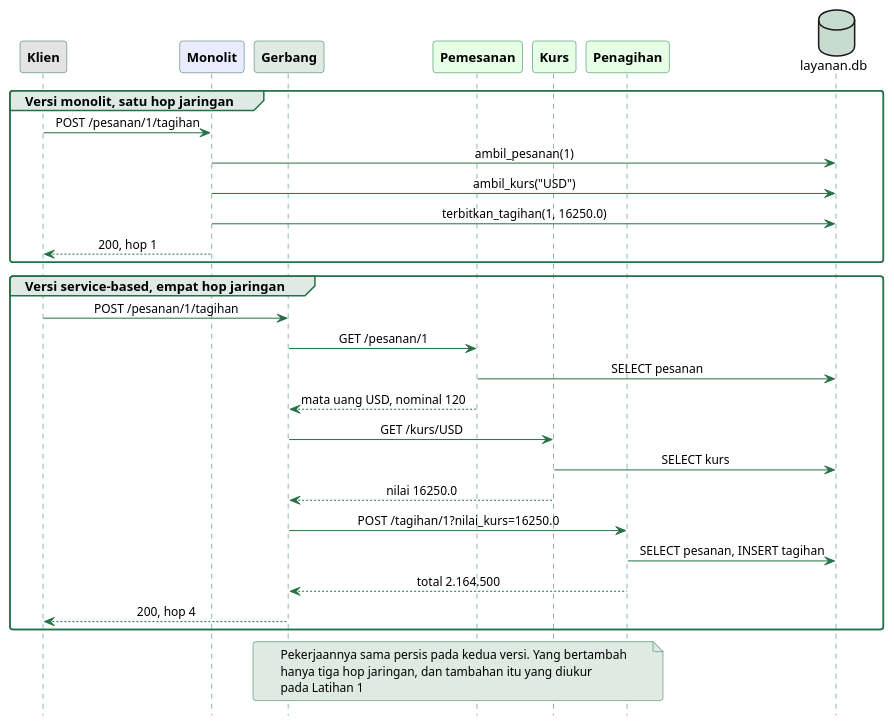
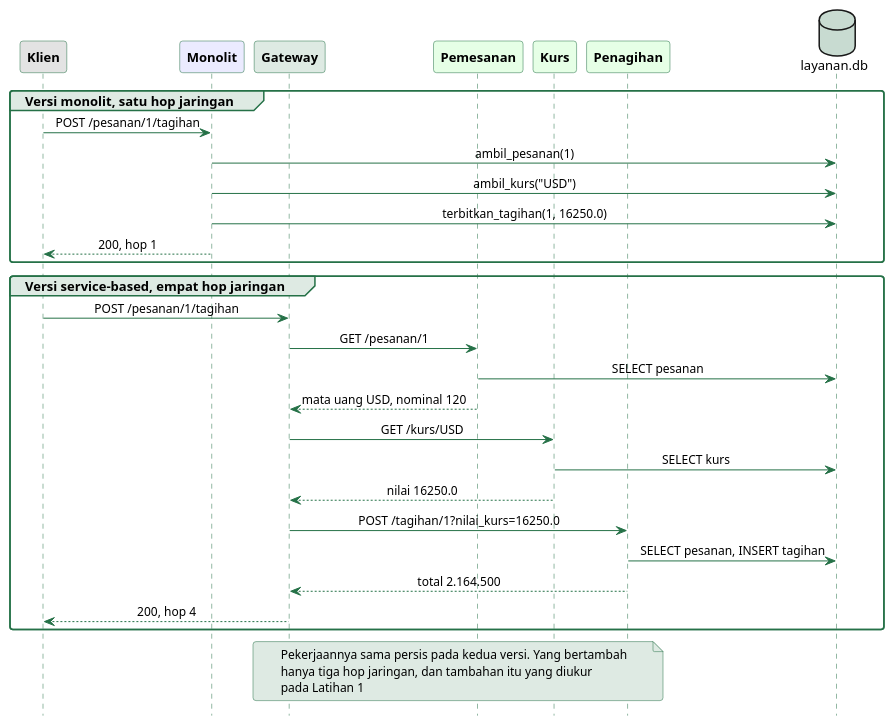
Before and after one commit to alfa-yohannis/software-architecture: the diagram in sources/chapter11/diagram/sekuens-layanan.puml, drawn with PlantUML. The commit also changed other lines of this file and 43 other files, not shown here.

```diff
--- a/sources/chapter11/diagram/sekuens-layanan.puml
+++ b/sources/chapter11/diagram/sekuens-layanan.puml
@@ -12,62 +12,62 @@
 @startuml
 skinparam backgroundColor transparent
 skinparam defaultFontName Titillium Web
 skinparam defaultFontSize 13
 skinparam shadowing false
 skinparam roundCorner 6
 skinparam sequenceMessageAlignment center
 skinparam sequence {
   ArrowColor #257147
   ArrowFontSize 12
   LifeLineBorderColor #257147
   LifeLineBackgroundColor #DEEAE3
   ParticipantBorderColor #257147
   ParticipantFontColor black
   ParticipantFontSize 13
   ParticipantFontStyle bold
   GroupBackgroundColor #DEEAE3
   GroupBorderColor #257147
 }
 skinparam note {
   BackgroundColor #DEEAE3
   BorderColor #257147
   FontSize 12
 }
 hide footbox
 
 participant Klien as K #E3E3E3
 participant "Monolit" as M #EBEBFF
-participant "Gerbang" as G #DEEAE3
+participant "Gateway" as G #DEEAE3
 participant "Pemesanan" as P #E6FFE6
 participant "Kurs" as R #E6FFE6
 participant "Penagihan" as T #E6FFE6
 database "layanan.db" as D #C8DBD1
 
 group Versi monolit, satu hop jaringan
   K -> M : POST /pesanan/1/tagihan
   M -> D : ambil_pesanan(1)
   M -> D : ambil_kurs("USD")
   M -> D : terbitkan_tagihan(1, 16250.0)
   M --> K : 200, hop 1
 end
 
 group Versi service-based, empat hop jaringan
   K -> G : POST /pesanan/1/tagihan
   G -> P : GET /pesanan/1
   P -> D : SELECT pesanan
   P --> G : mata uang USD, nominal 120
   G -> R : GET /kurs/USD
   R -> D : SELECT kurs
   R --> G : nilai 16250.0
   G -> T : POST /tagihan/1?nilai_kurs=16250.0
   T -> D : SELECT pesanan, INSERT tagihan
   T --> G : total 2.164.500
   G --> K : 200, hop 4
 end
 
 note over G, T
   Pekerjaannya sama persis pada kedua versi. Yang bertambah
   hanya tiga hop jaringan, dan tambahan itu yang diukur
   pada Latihan 1
 end note
 @enduml
```
